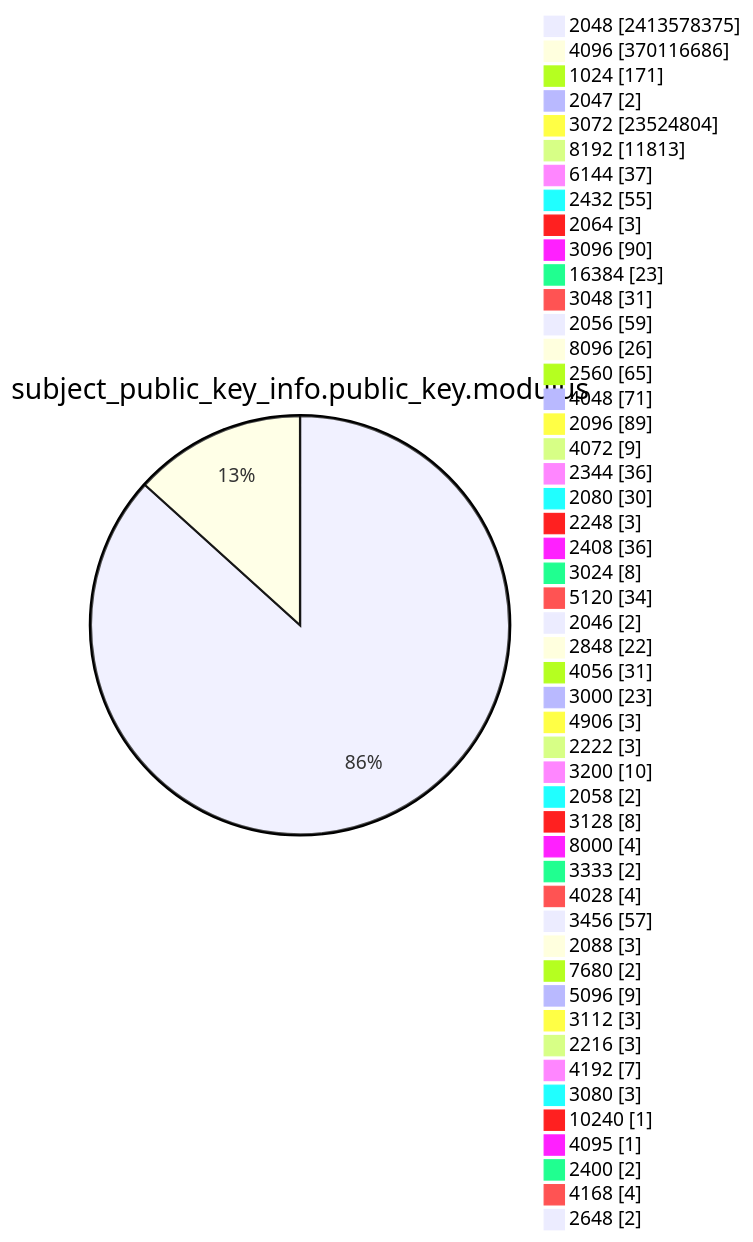
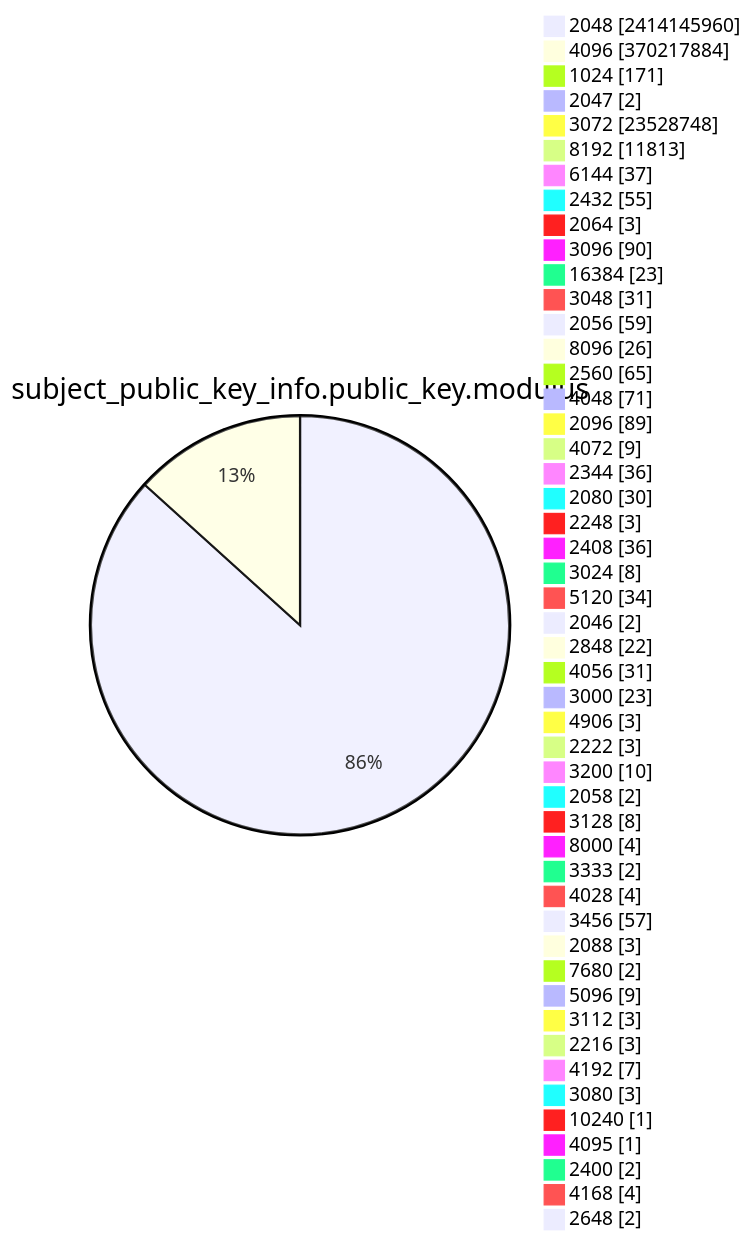
Before and after one commit to christiankrug/ctmonitor_visualization: diagram 13 of 15 in TOTAL/README.md, drawn with Mermaid. The commit also changed other lines of this file, not shown here.

````diff
--- a/TOTAL/README.md
+++ b/TOTAL/README.md
@@ -4167,53 +4167,53 @@
 ```mermaid
 pie showData
 title subject_public_key_info.public_key.modulus
-"2048" :2413578375
-"4096" :370116686
+"2048" :2414145960
+"4096" :370217884
 "1024" :171
 "2047" :2
-"3072" :23524804
+"3072" :23528748
 "8192" :11813
 "6144" :37
 "2432" :55
 "2064" :3
 "3096" :90
 "16384" :23
 "3048" :31
 "2056" :59
 "8096" :26
 "2560" :65
 "4048" :71
 "2096" :89
 "4072" :9
 "2344" :36
 "2080" :30
 "2248" :3
 "2408" :36
 "3024" :8
 "5120" :34
 "2046" :2
 "2848" :22
 "4056" :31
 "3000" :23
 "4906" :3
 "2222" :3
 "3200" :10
 "2058" :2
 "3128" :8
 "8000" :4
 "3333" :2
 "4028" :4
 "3456" :57
 "2088" :3
 "7680" :2
 "5096" :9
 "3112" :3
 "2216" :3
 "4192" :7
 "3080" :3
 "10240" :1
 "4095" :1
 "2400" :2
 "4168" :4
 "2648" :2
 ```
````
